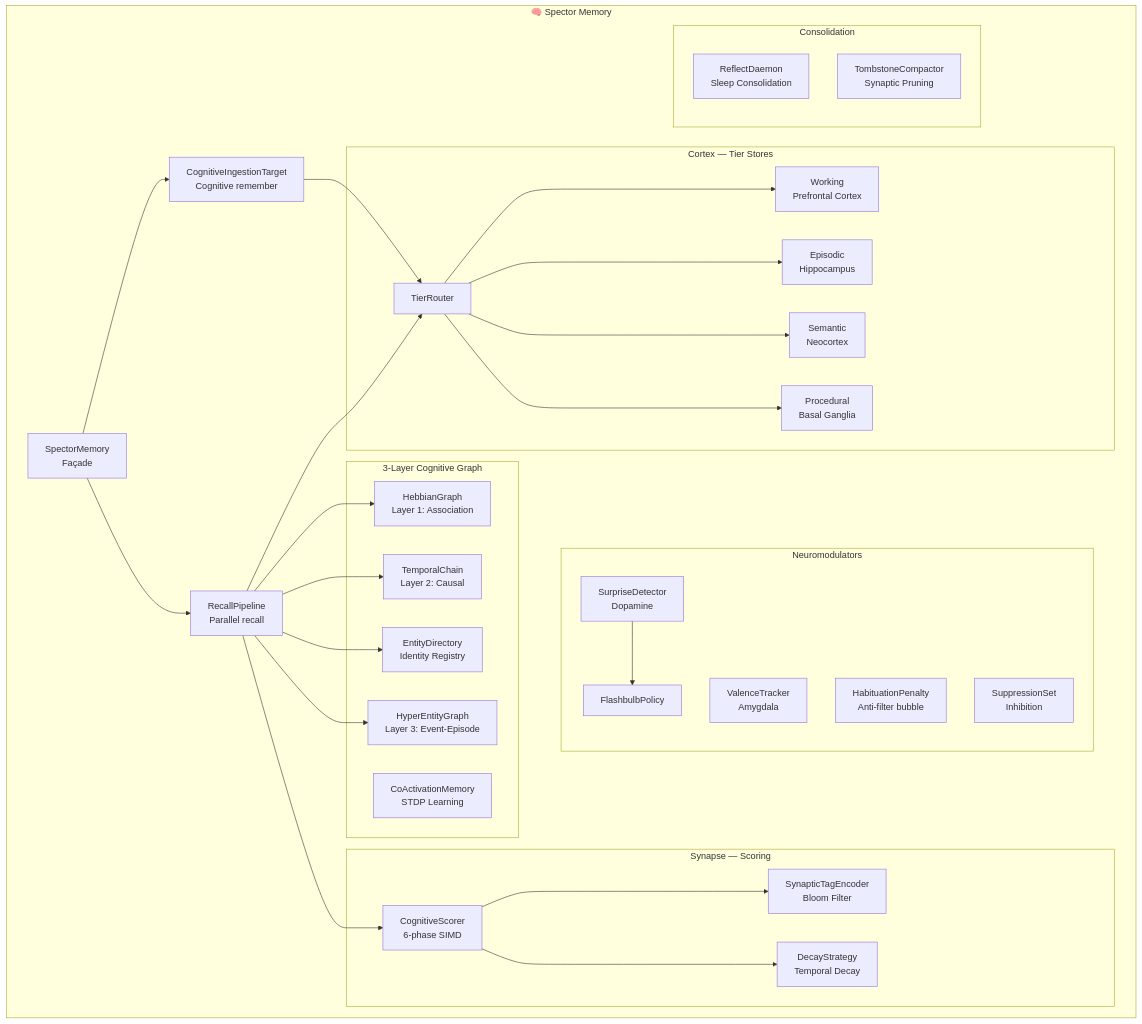
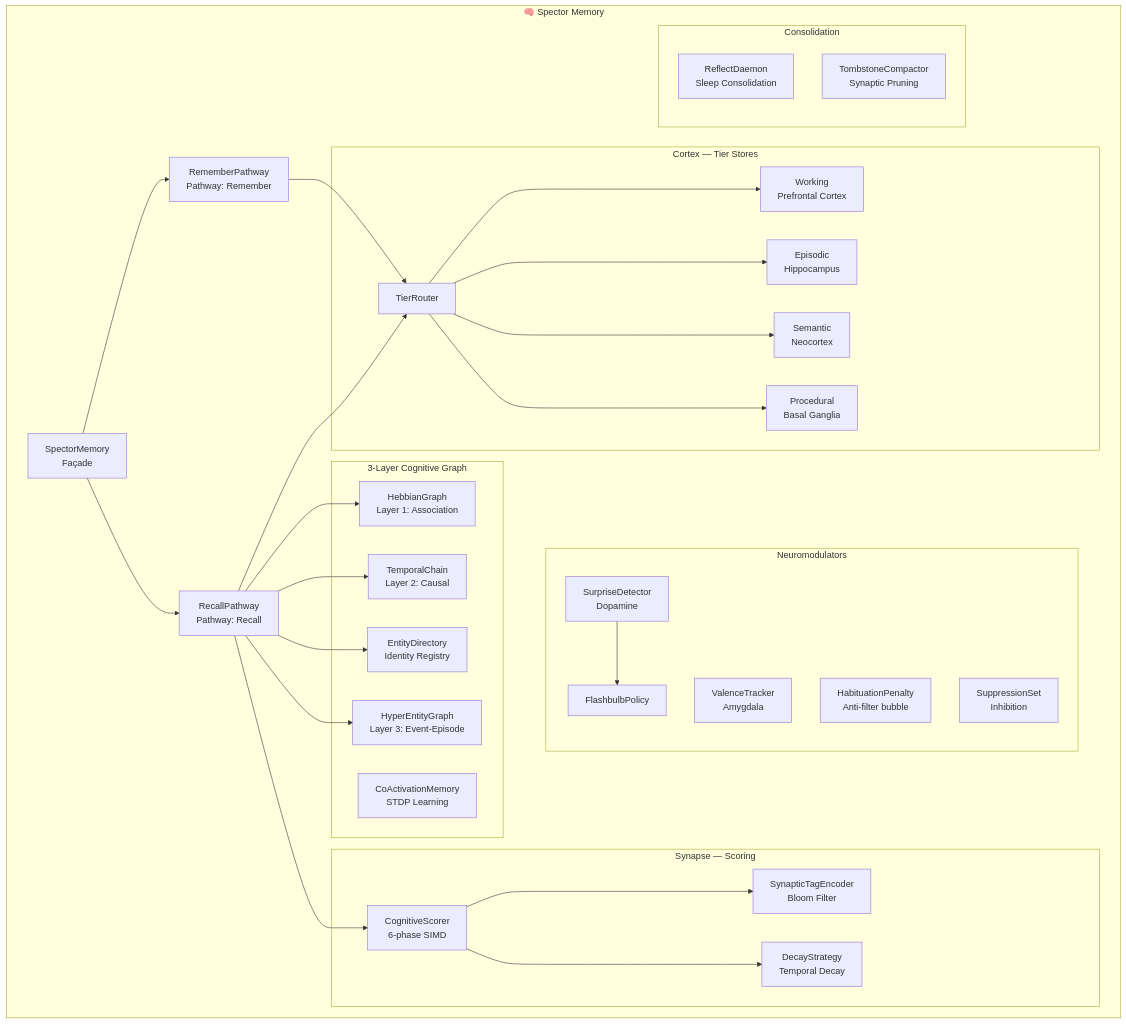
Before and after one commit to spectrayan/spector: the diagram in docs/docs/memory/index.md, drawn with Mermaid. The commit also changed other lines of this file and 23 other files, not shown here.

First line of the commit message:
docs(memory): update terminology from ingestion and recall pipeline to cognitive pathways

````diff
--- a/docs/docs/memory/index.md
+++ b/docs/docs/memory/index.md
@@ -67,47 +67,47 @@
 ```mermaid
 graph TB
     subgraph "🧠 Spector Memory"
-        SM[SpectorMemory<br/>Façade]:::core --> CT[CognitiveIngestionTarget<br/>Cognitive remember]:::core
-        SM --> RP[RecallPipeline<br/>Parallel recall]:::core
+        SM[SpectorMemory<br/>Façade]:::core --> CT[RememberPathway<br/>Pathway: Remember]:::core
+        SM --> RP[RecallPathway<br/>Pathway: Recall]:::core
         
         subgraph "Cortex — Tier Stores"
             TR[TierRouter]:::core --> WM[Working<br/>Prefrontal Cortex]:::working
             TR --> EM[Episodic<br/>Hippocampus]:::episodic
             TR --> SE[Semantic<br/>Neocortex]:::semantic
             TR --> PR[Procedural<br/>Basal Ganglia]:::procedural
         end
         
         subgraph "Synapse — Scoring"
             CS[CognitiveScorer<br/>6-phase SIMD]:::synapse --> STE[SynapticTagEncoder<br/>Bloom Filter]:::synapse
             CS --> DS[DecayStrategy<br/>Temporal Decay]:::synapse
         end
         
         subgraph "Neuromodulators"
             SD[SurpriseDetector<br/>Dopamine]:::synapse --> FP[FlashbulbPolicy]:::synapse
             VT[ValenceTracker<br/>Amygdala]:::synapse
             HP[HabituationPenalty<br/>Anti-filter bubble]:::synapse
             SS[SuppressionSet<br/>Inhibition]:::synapse
         end
         
         subgraph "3-Layer Cognitive Graph"
             HG[HebbianGraph<br/>Layer 1: Association]:::core
             TC[TemporalChain<br/>Layer 2: Causal]:::core
             HEG[HyperEntityGraph<br/>Layer 3: Event-Episode]:::core
             ED[EntityDirectory<br/>Identity Registry]:::core
             CA[CoActivationMemory<br/>STDP Learning]:::core
         end
         
         subgraph "Consolidation"
             RD[ReflectDaemon<br/>Sleep Consolidation]:::core
             TCC[TombstoneCompactor<br/>Synaptic Pruning]:::core
         end
         
         CT --> TR
         RP --> CS
         RP --> TR
         RP --> HG
         RP --> TC
         RP --> ED
         RP --> HEG
     end
 ```
````
